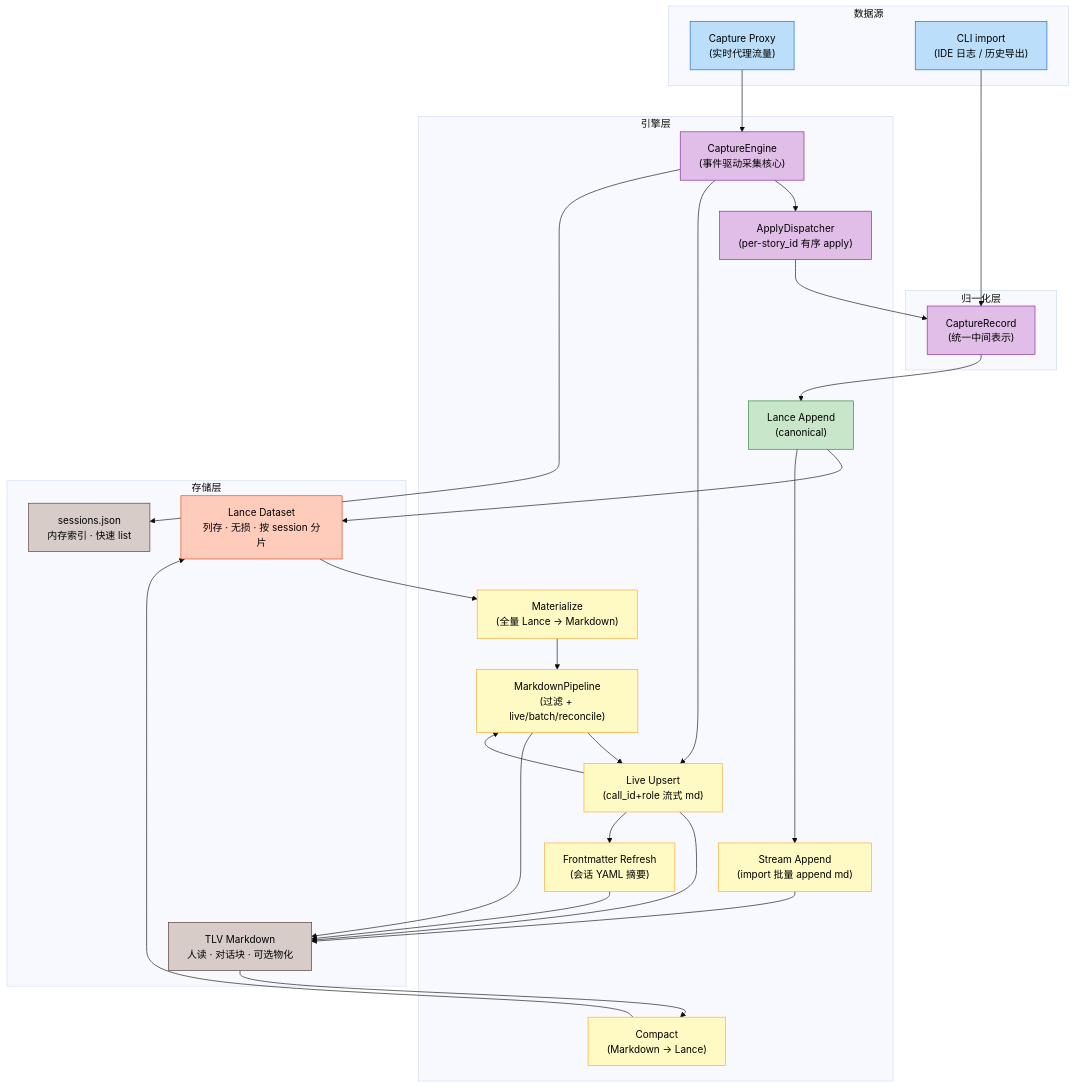
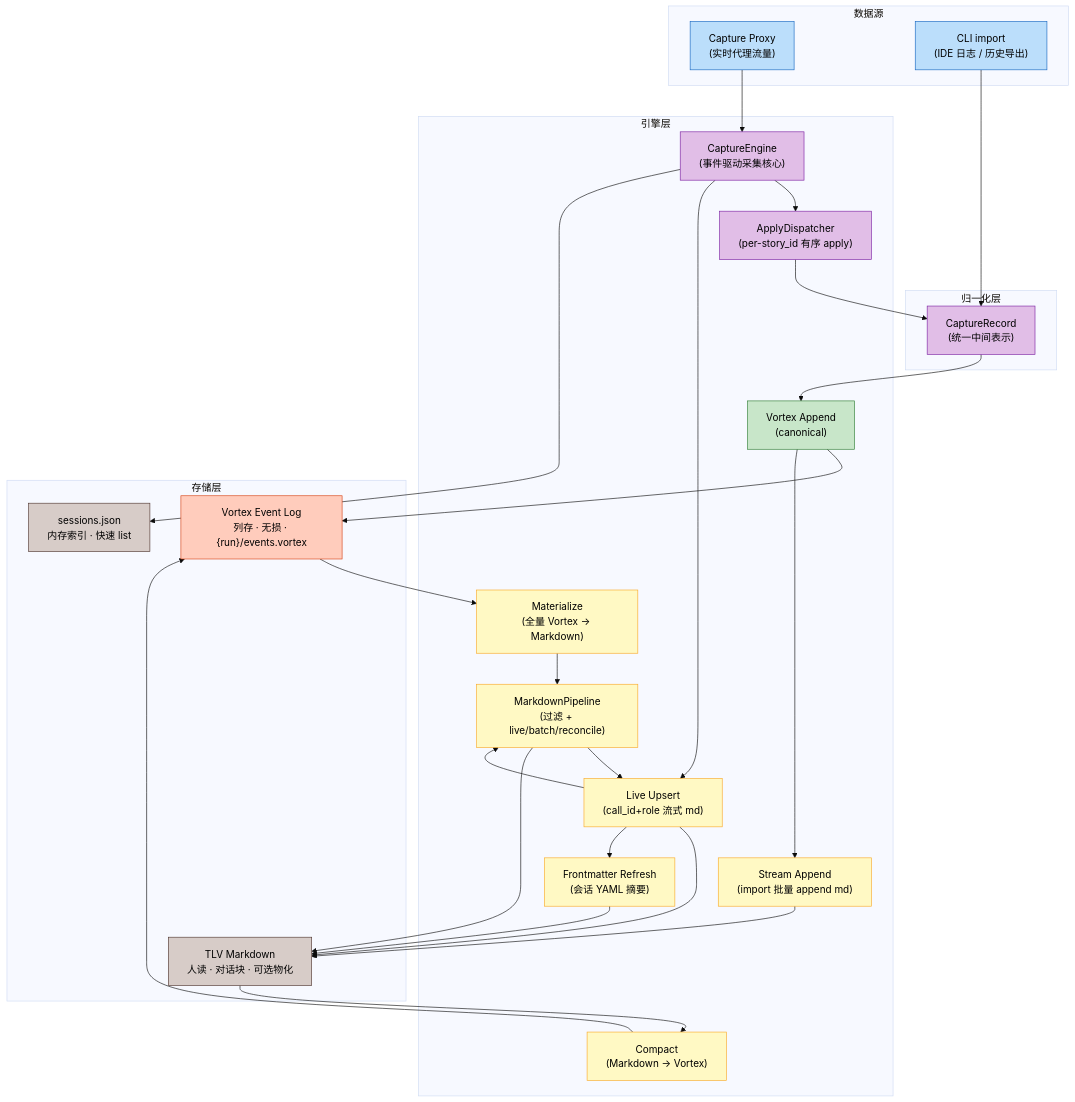
Before and after one commit to DeepLink-org/Persisting: the first of 5 diagrams in docs/src/design/trajectory_storage.zh.md, drawn with Mermaid (base theme). The commit also changed other lines of this file and 69 other files, not shown here.

First line of the commit message:
Refactor persisting-capture crate to replace Lance references with Vortex

````diff
--- a/docs/src/design/trajectory_storage.zh.md
+++ b/docs/src/design/trajectory_storage.zh.md
@@ -24,57 +23,57 @@
 ```mermaid
 graph TD
     subgraph "数据源"
         S1["Capture Proxy<br/>(实时代理流量)"]:::accent1
         S2["CLI import<br/>(IDE 日志 / 历史导出)"]:::accent1
     end
 
     subgraph "归一化层"
         N["CaptureRecord<br/>(统一中间表示)"]:::accent0
     end
 
     subgraph "引擎层"
         CE["CaptureEngine<br/>(事件驱动采集核心)"]:::accent0
         AQ["ApplyDispatcher<br/>(per-story_id 有序 apply)"]:::accent0
         MP["MarkdownPipeline<br/>(过滤 + live/batch/reconcile)"]:::accent3
-        E1["Lance Append<br/>(canonical)"]:::accent2
-        E2["Materialize<br/>(全量 Lance → Markdown)"]:::accent3
+        E1["Vortex Append<br/>(canonical)"]:::accent2
+        E2["Materialize<br/>(全量 Vortex → Markdown)"]:::accent3
         E3["Live Upsert<br/>(call_id+role 流式 md)"]:::accent3
         E3b["Frontmatter Refresh<br/>(会话 YAML 摘要)"]:::accent3
         E4["Stream Append<br/>(import 批量 append md)"]:::accent3
-        E5["Compact<br/>(Markdown → Lance)"]:::accent3
+        E5["Compact<br/>(Markdown → Vortex)"]:::accent3
     end
 
     subgraph "存储层"
-        L1["Lance Dataset<br/>列存 · 无损 · 按 session 分片"]:::accent4
+        L1["Vortex Event Log<br/>列存 · 无损 · {run}/events.vortex"]:::accent4
         L2["TLV Markdown<br/>人读 · 对话块 · 可选物化"]:::accent5
         L3["sessions.json<br/>内存索引 · 快速 list"]:::accent5
     end
 
     S1 --> CE
     S2 --> N
     N --> E1
     CE --> AQ
     AQ --> N
     CE --> E3
     E3 --> MP
     MP --> E3
     E1 --> L1
     E3 --> L2
     E3 --> E3b
     E3b --> L2
     E1 --> E4
     E4 --> L2
     L1 --> E2
     E2 --> MP
     MP --> L2
     L2 --> E5
     E5 --> L1
     CE --> L3
 
     classDef accent0 fill:#e1bee7,stroke:#7b1fa2,color:#000
     classDef accent1 fill:#bbdefb,stroke:#1565c0,color:#000
     classDef accent2 fill:#c8e6c9,stroke:#2e7d32,color:#000
     classDef accent3 fill:#fff9c4,stroke:#f9a825,color:#000
     classDef accent4 fill:#ffccbc,stroke:#d84315,color:#000
     classDef accent5 fill:#d7ccc8,stroke:#4e342e,color:#000
 ```
````
